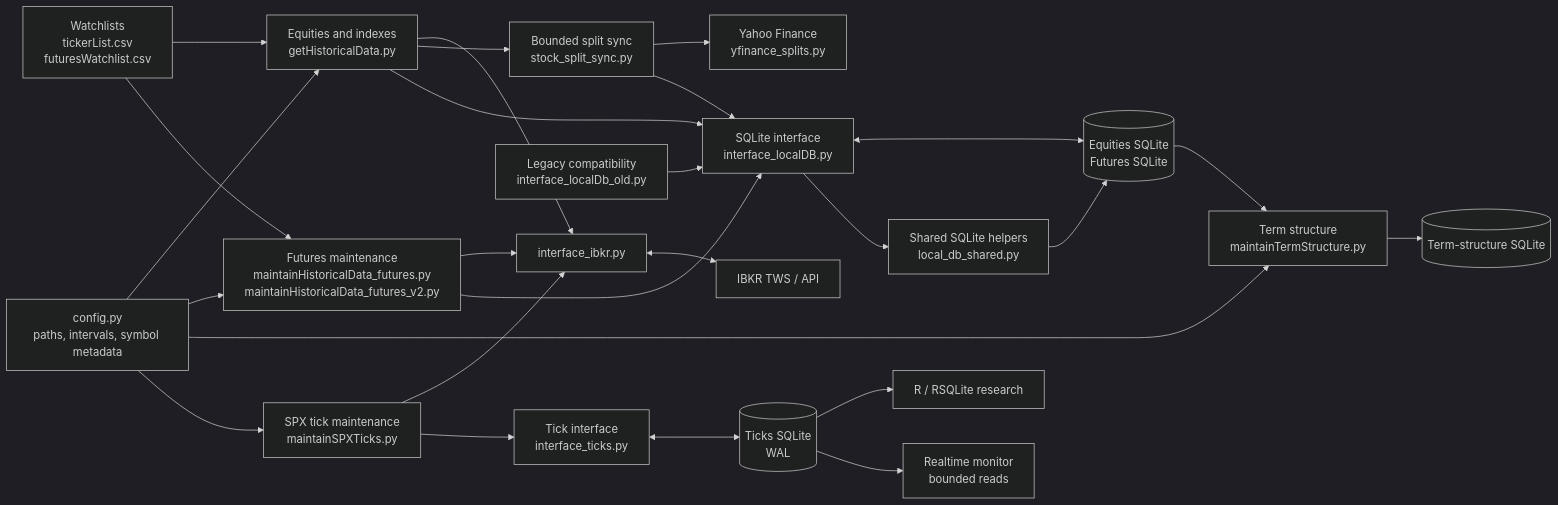
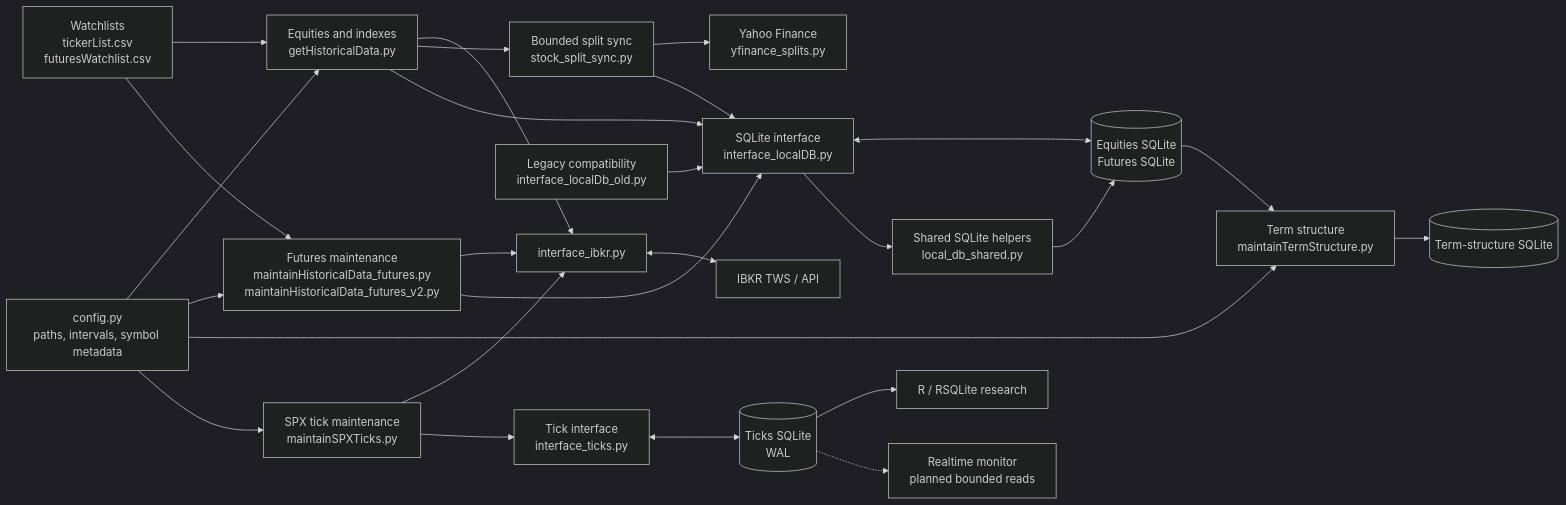
One commit to doomed51/saveHistoricalData changed the first of 3 diagrams in docs/architecture.md. Above: the diagram before and after it, drawn with Mermaid (dark theme). The commit also changed other lines of this file, not shown here.

Commit message:
docs: correct tick-to-bar join and monitor read path

````diff
--- a/docs/architecture.md
+++ b/docs/architecture.md
@@ -7,32 +7,32 @@
 ```mermaid
 flowchart LR
     W["Watchlists<br/>tickerList.csv<br/>futuresWatchlist.csv"] --> E["Equities and indexes<br/>getHistoricalData.py"]
     W --> F["Futures maintenance<br/>maintainHistoricalData_futures.py<br/>maintainHistoricalData_futures_v2.py"]
     C["config.py<br/>paths, intervals, symbol metadata"] --> E
     C --> F
     C --> T["Term structure<br/>maintainTermStructure.py"]
     C --> X["SPX tick maintenance<br/>maintainSPXTicks.py"]
 
     E --> I["interface_ibkr.py"]
     F --> I
     X --> I
     I <--> B["IBKR TWS / API"]
 
     E --> Y["Bounded split sync<br/>stock_split_sync.py"]
     Y --> Z["Yahoo Finance<br/>yfinance_splits.py"]
     Y --> D
 
     E --> D["SQLite interface<br/>interface_localDB.py"]
     F --> D
     L["Legacy compatibility<br/>interface_localDb_old.py"] --> D
     D <--> S[("Equities SQLite<br/>Futures SQLite")]
     D --> H["Shared SQLite helpers<br/>local_db_shared.py"]
     H --> S
     S --> T
     T --> TS[("Term-structure SQLite")]
 
     X --> K["Tick interface<br/>interface_ticks.py"]
     K <--> TX[("Ticks SQLite<br/>WAL")]
     TX --> R["R / RSQLite research"]
-    TX --> M["Realtime monitor<br/>bounded reads"]
+    TX -.-> M["Realtime monitor<br/>planned bounded reads"]
 ```
````
